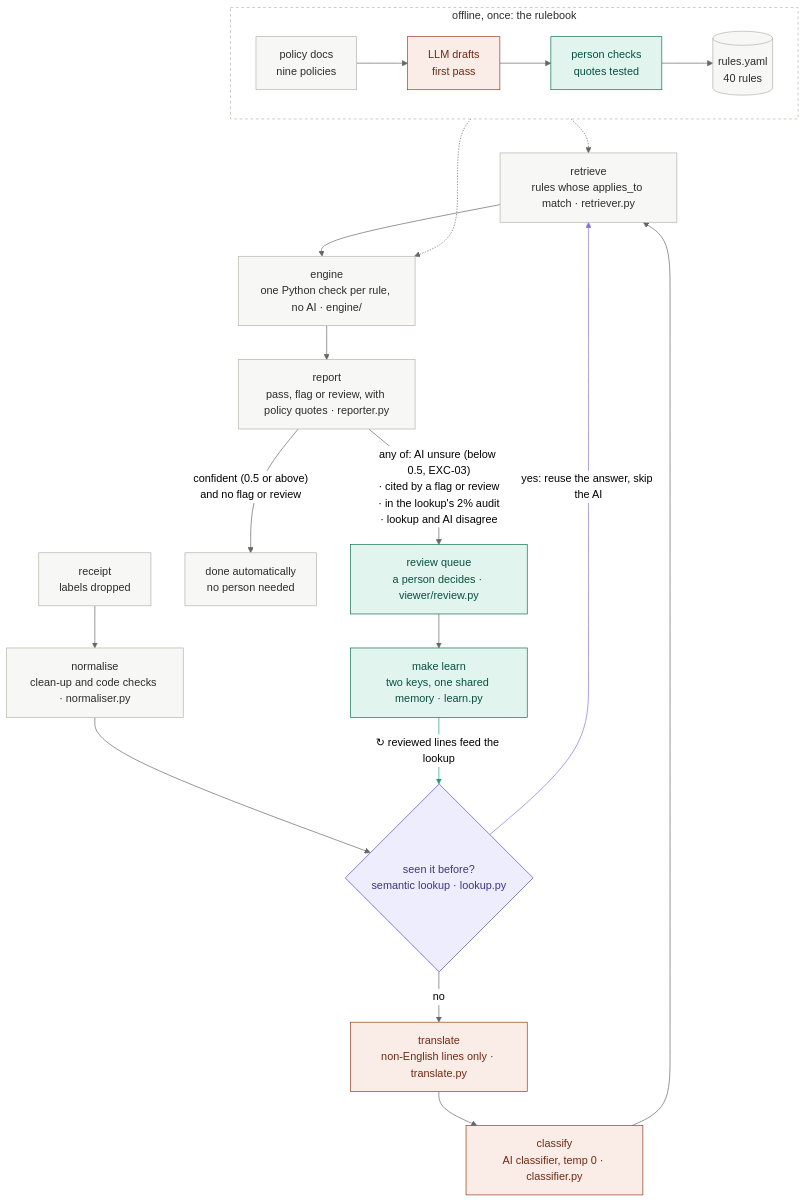
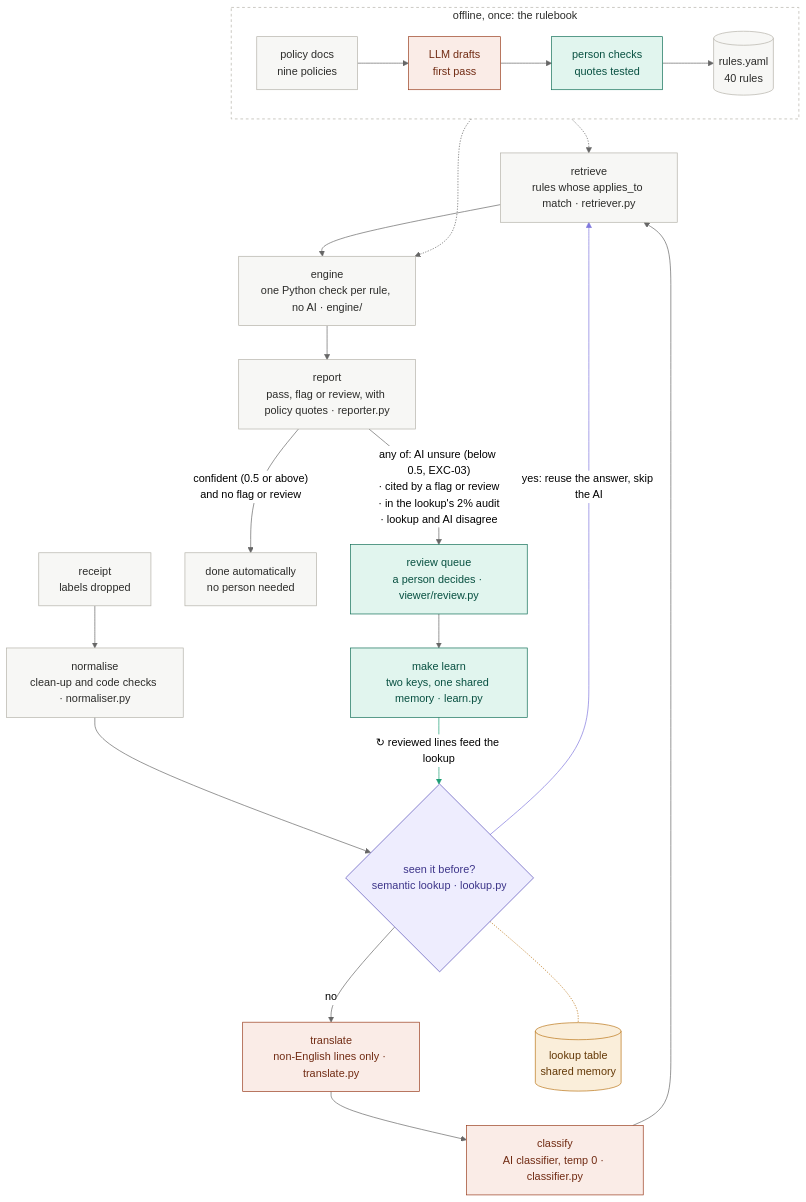
One commit to laasyaaprasad/expense-policy-validator changed the diagram in README.md. Above: the diagram before and after it, drawn with Mermaid (neutral theme). The commit also changed other lines of this file and 3 other files, not shown here.

First line of the commit message:
Show the lookup table beside the lookup in the architecture diagram

````diff
--- a/README.md
+++ b/README.md
@@ -14,31 +14,35 @@
 ```mermaid
 flowchart TB
     R["receipt<br/>labels dropped"] --> N["normalise<br/>clean-up and code checks · normaliser.py"]
     N --> L{"seen it before?<br/>semantic lookup · lookup.py"}
     L -- "no" --> T["translate<br/>non-English lines only · translate.py"]
     T --> K["classify<br/>AI classifier, temp 0 · classifier.py"]
     K --> P["retrieve<br/>rules whose applies_to match · retriever.py"]
     L -- "yes: reuse the answer, skip the AI" --> P
     P --> E["engine<br/>one Python check per rule, no AI · engine/"]
     E --> O["report<br/>pass, flag or review, with policy quotes · reporter.py"]
     O -- "confident (0.5 or above)<br/>and no flag or review" --> A["done automatically<br/>no person needed"]
     O -- "any of: AI unsure (below 0.5, EXC-03)<br/>· cited by a flag or review<br/>· in the lookup's 2% audit<br/>· lookup and AI disagree" --> Q["review queue<br/>a person decides · viewer/review.py"]
     Q --> G["make learn<br/>two keys, one shared memory · learn.py"]
     G -- "↻ reviewed lines feed the lookup" --> L
     subgraph offline["offline, once: the rulebook"]
         direction LR
         D["policy docs<br/>nine policies"] --> Y1["LLM drafts<br/>first pass"] --> Y2["person checks<br/>quotes tested"] --> Y[("rules.yaml<br/>40 rules")]
     end
     Y -.-> P
     Y -.-> E
+    L -.- LT[("lookup table<br/>shared memory")]
     classDef default fill:#F7F7F5,stroke:#B4B2A9,color:#2C2C2A
     classDef ai fill:#FAECE7,stroke:#993C1D,color:#712B13
     classDef lookup fill:#EEEDFE,stroke:#534AB7,color:#3C3489
     classDef people fill:#E1F5EE,stroke:#0F6E56,color:#085041
+    classDef table fill:#FAEEDA,stroke:#BA7517,color:#633806
     class Y1,T,K ai
     class L lookup
     class Y2,Q,G people
+    class LT table
     style offline fill:#FFFFFF,stroke:#B4B2A9,stroke-dasharray:4 4,color:#2C2C2A
     linkStyle 5 stroke:#7F77DD
     linkStyle 11 stroke:#1D9E75
+    linkStyle 17 stroke:#BA7517
 ```
````
